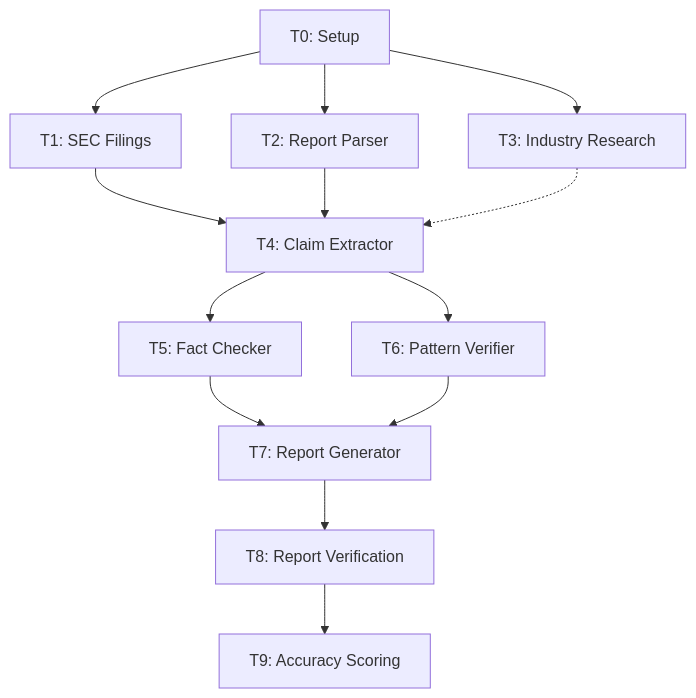
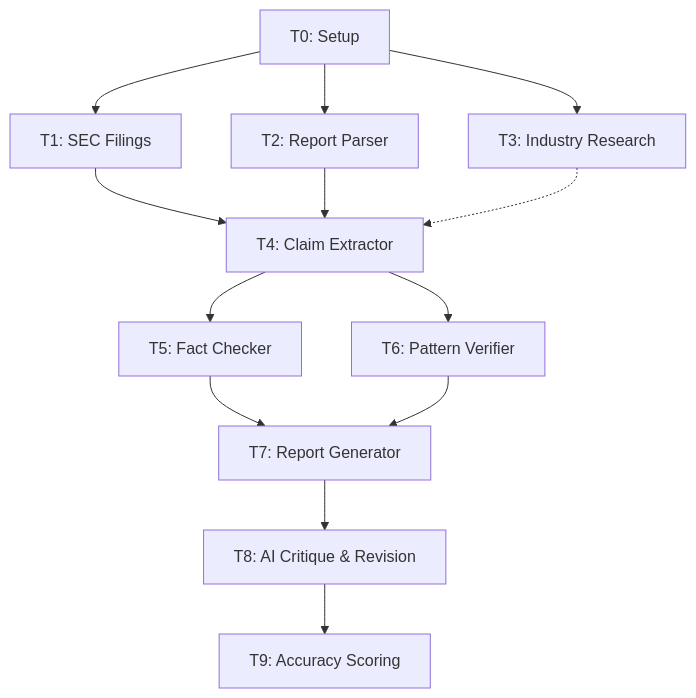
The diagram in .claude/skills/ca-eval/SKILL.md (YH-05/finance), drawn with Mermaid before and after one commit. The commit also changed other lines of this file and 6 other files, not shown here.

````diff
--- a/.claude/skills/ca-eval/SKILL.md
+++ b/.claude/skills/ca-eval/SKILL.md
@@ -73,15 +76,15 @@
 ```mermaid
 graph TD
     T0[T0: Setup] --> T1[T1: SEC Filings]
     T0 --> T2[T2: Report Parser]
     T0 --> T3[T3: Industry Research]
     T1 --> T4[T4: Claim Extractor]
     T2 --> T4
     T3 -.-> T4
     T4 --> T5[T5: Fact Checker]
     T4 --> T6[T6: Pattern Verifier]
     T5 --> T7[T7: Report Generator]
     T6 --> T7
-    T7 --> T8[T8: Report Verification]
+    T7 --> T8[T8: AI Critique & Revision]
     T8 --> T9[T9: Accuracy Scoring]
 ```
````
